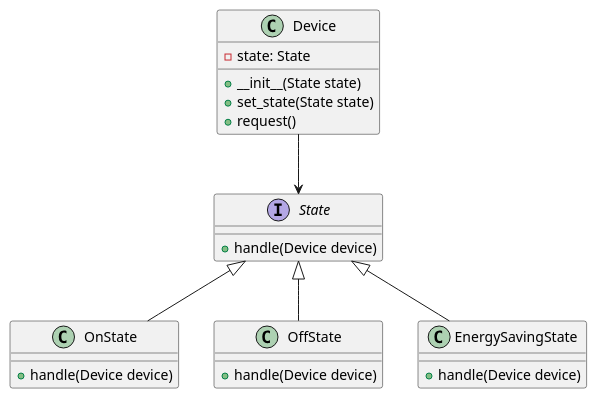
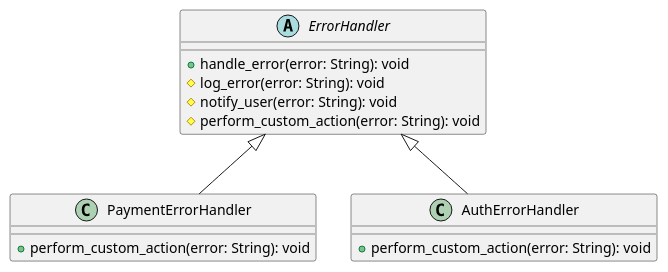
One commit to andrewovchinnikov/design-patterns changed the diagram in klassifikaciya-patternov/povedencheskie-patterny-behavioral-patterns/shablonnyi-metod-template-method/primery/obrabotka-oshibok-i-isklyuchenii/python.md. Above: the diagram before and after it, drawn with PlantUML. The commit also changed other lines of this file and 6 other files, not shown here.

````diff
--- a/klassifikaciya-patternov/povedencheskie-patterny-behavioral-patterns/shablonnyi-metod-template-method/primery/obrabotka-oshibok-i-isklyuchenii/python.md
+++ b/klassifikaciya-patternov/povedencheskie-patterny-behavioral-patterns/shablonnyi-metod-template-method/primery/obrabotka-oshibok-i-isklyuchenii/python.md
@@ -86,31 +76,21 @@
 ```plantuml
 @startuml
-interface State {
-    +handle(Device device)
+abstract class ErrorHandler {
+    +handle_error(error: String): void
+    #log_error(error: String): void
+    #notify_user(error: String): void
+    #perform_custom_action(error: String): void
 }
 
-class OnState {
-    +handle(Device device)
+class PaymentErrorHandler {
+    +perform_custom_action(error: String): void
 }
 
-class OffState {
-    +handle(Device device)
+class AuthErrorHandler {
+    +perform_custom_action(error: String): void
 }
 
-class EnergySavingState {
-    +handle(Device device)
-}
-
-class Device {
-    -state: State
-    +__init__(State state)
-    +set_state(State state)
-    +request()
-}
-
-State <|-- OnState
-State <|-- OffState
-State <|-- EnergySavingState
-Device --> State
+ErrorHandler <|-- PaymentErrorHandler
+ErrorHandler <|-- AuthErrorHandler
 @enduml
 ```
````
